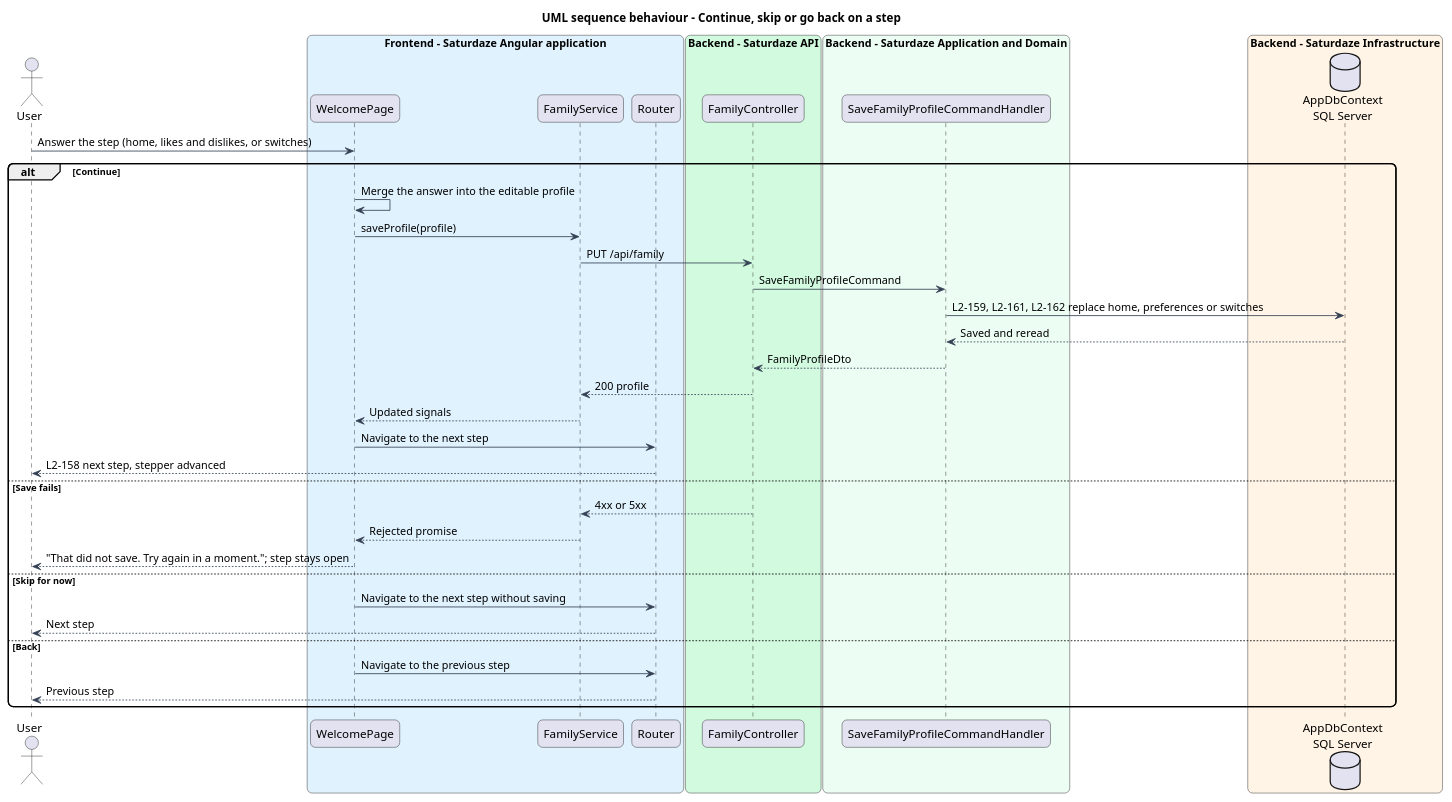
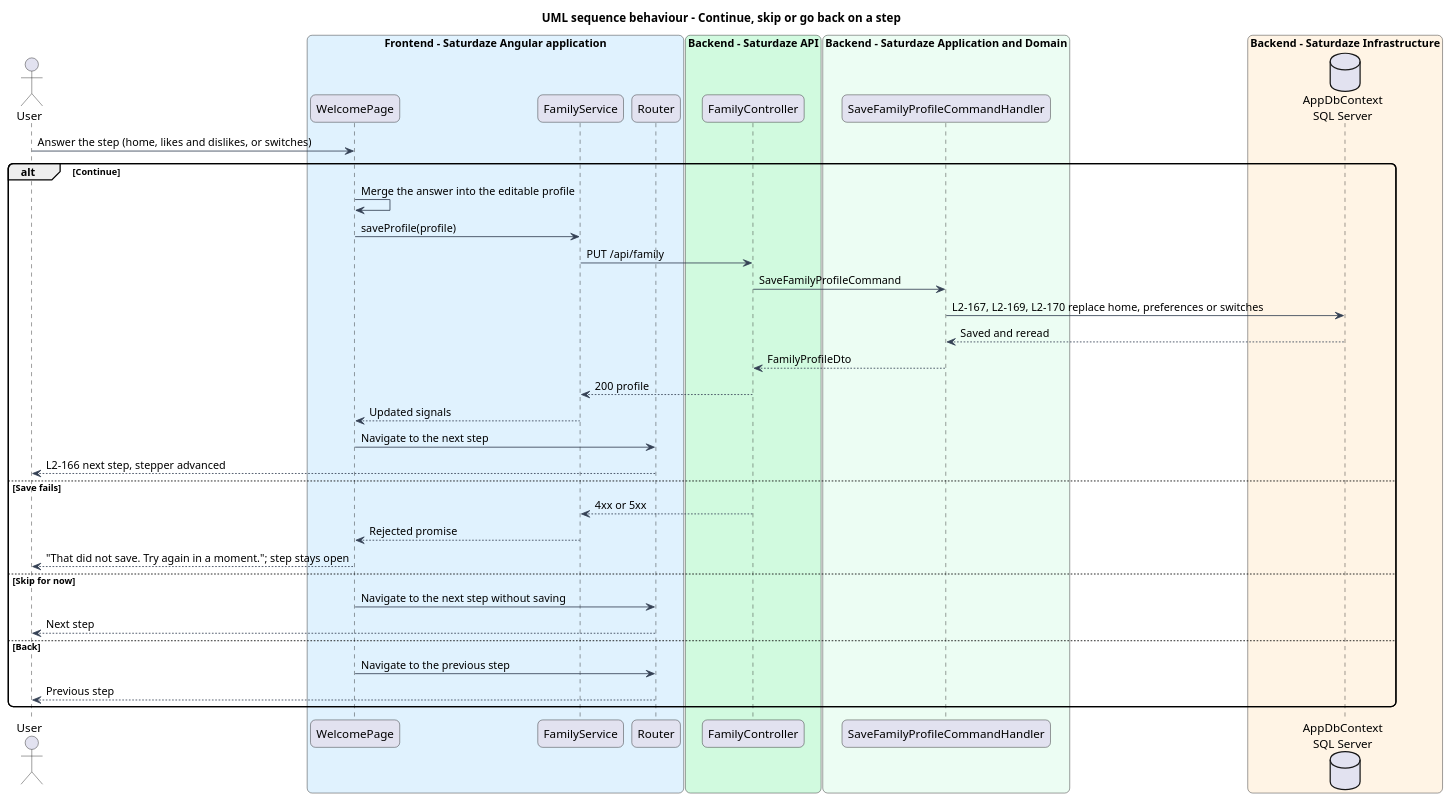
One commit to QuinntyneBrown/saturdaze changed the diagram in docs/detailed-designs/family-profile/onboard-new-family/diagrams/sequence-save-step.puml. Above: the diagram before and after it, drawn with PlantUML. The commit also changed 26 other files, not shown here.

```diff
--- a/docs/detailed-designs/family-profile/onboard-new-family/diagrams/sequence-save-step.puml
+++ b/docs/detailed-designs/family-profile/onboard-new-family/diagrams/sequence-save-step.puml
@@ -1,47 +1,47 @@
 @startuml
 title UML sequence behaviour - Continue, skip or go back on a step
 skinparam backgroundColor #FFFFFF
 skinparam shadowing false
 skinparam roundcorner 12
 skinparam defaultFontName Arial
 skinparam ArrowColor #344054
 actor "User" as actor
 box "Frontend - Saturdaze Angular application" #E0F2FE
  participant "WelcomePage" as page
  participant "FamilyService" as client
  participant "Router" as router
 end box
 box "Backend - Saturdaze API" #D1FADF
  participant "FamilyController" as controller
 end box
 box "Backend - Saturdaze Application and Domain" #ECFDF3
  participant "SaveFamilyProfileCommandHandler" as handler
 end box
 box "Backend - Saturdaze Infrastructure" #FFF4E5
  database "AppDbContext\nSQL Server" as db
 end box
 actor -> page : Answer the step (home, likes and dislikes, or switches)
 alt Continue
  page -> page : Merge the answer into the editable profile
  page -> client : saveProfile(profile)
  client -> controller : PUT /api/family
  controller -> handler : SaveFamilyProfileCommand
- handler -> db : L2-159, L2-161, L2-162 replace home, preferences or switches
+ handler -> db : L2-167, L2-169, L2-170 replace home, preferences or switches
  db --> handler : Saved and reread
  handler --> controller : FamilyProfileDto
  controller --> client : 200 profile
  client --> page : Updated signals
  page -> router : Navigate to the next step
- router --> actor : L2-158 next step, stepper advanced
+ router --> actor : L2-166 next step, stepper advanced
 else Save fails
  controller --> client : 4xx or 5xx
  client --> page : Rejected promise
  page --> actor : "That did not save. Try again in a moment."; step stays open
 else Skip for now
  page -> router : Navigate to the next step without saving
  router --> actor : Next step
 else Back
  page -> router : Navigate to the previous step
  router --> actor : Previous step
 end
 @enduml
```
